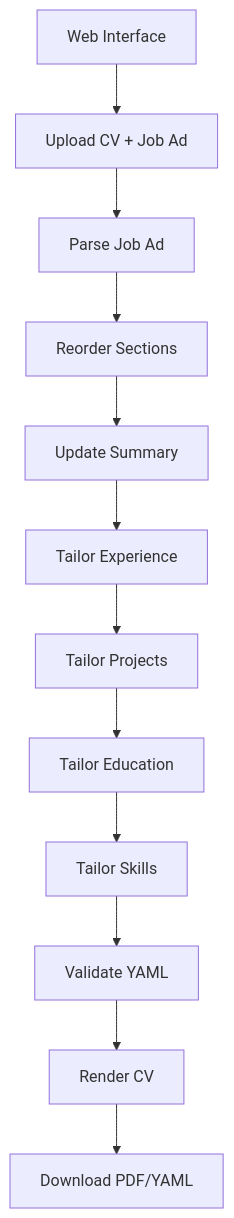
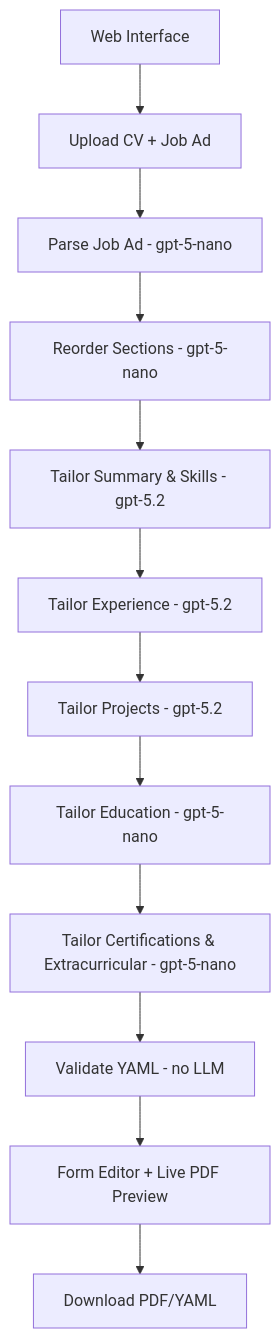
The diagram in README.md (nigelnuique/resume_agent), drawn with Mermaid before and after one commit. The commit also changed other lines of this file and 13 other files, not shown here.

First line of the commit message:
Replace YAML editor with form-based UI, upgrade to GPT-5, merge certs+extra node

````diff
--- a/README.md
+++ b/README.md
@@ -232,14 +236,14 @@
 ```mermaid
 graph TD
     A[Web Interface] --> B[Upload CV + Job Ad]
-    B --> C[Parse Job Ad]
-    C --> D[Reorder Sections]
-    D --> E[Update Summary]
-    E --> F[Tailor Experience]
-    F --> G[Tailor Projects]
-    G --> H[Tailor Education]
-    H --> I[Tailor Skills]
-    I --> J[Validate YAML]
-    J --> K[Render CV]
+    B --> C[Parse Job Ad - gpt-5-nano]
+    C --> D[Reorder Sections - gpt-5-nano]
+    D --> E[Tailor Summary & Skills - gpt-5.2]
+    E --> F[Tailor Experience - gpt-5.2]
+    F --> G[Tailor Projects - gpt-5.2]
+    G --> H[Tailor Education - gpt-5-nano]
+    H --> I[Tailor Certifications & Extracurricular - gpt-5-nano]
+    I --> J[Validate YAML - no LLM]
+    J --> K[Form Editor + Live PDF Preview]
     K --> L[Download PDF/YAML]
 ```
````
